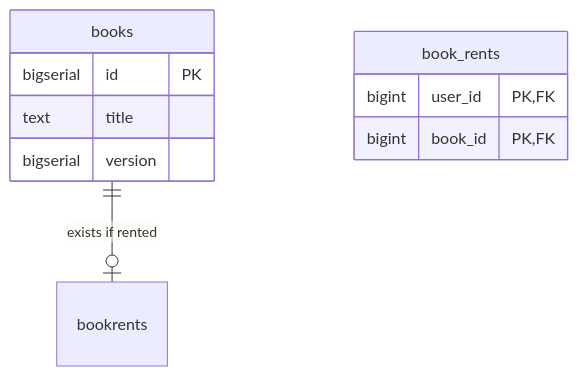
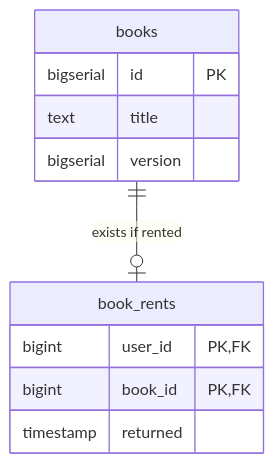
One commit to turtton/kmnlib changed the second of 2 diagrams in README.md. Above: the diagram before and after it, drawn with Mermaid. The commit also changed other lines of this file and 20 other files, not shown here.

````diff
--- a/README.md
+++ b/README.md
@@ -36,13 +36,14 @@
 ```mermaid
 erDiagram
     books {
         bigserial id "PK"
         text title
         bigserial version
     }
     book_rents {
         bigint user_id "PK,FK"
         bigint book_id "PK,FK"
+        timestamp returned
     }
-    books ||--o| bookrents: "exists if rented"
+    books ||--o| book_rents: "exists if rented"
 ```
````
